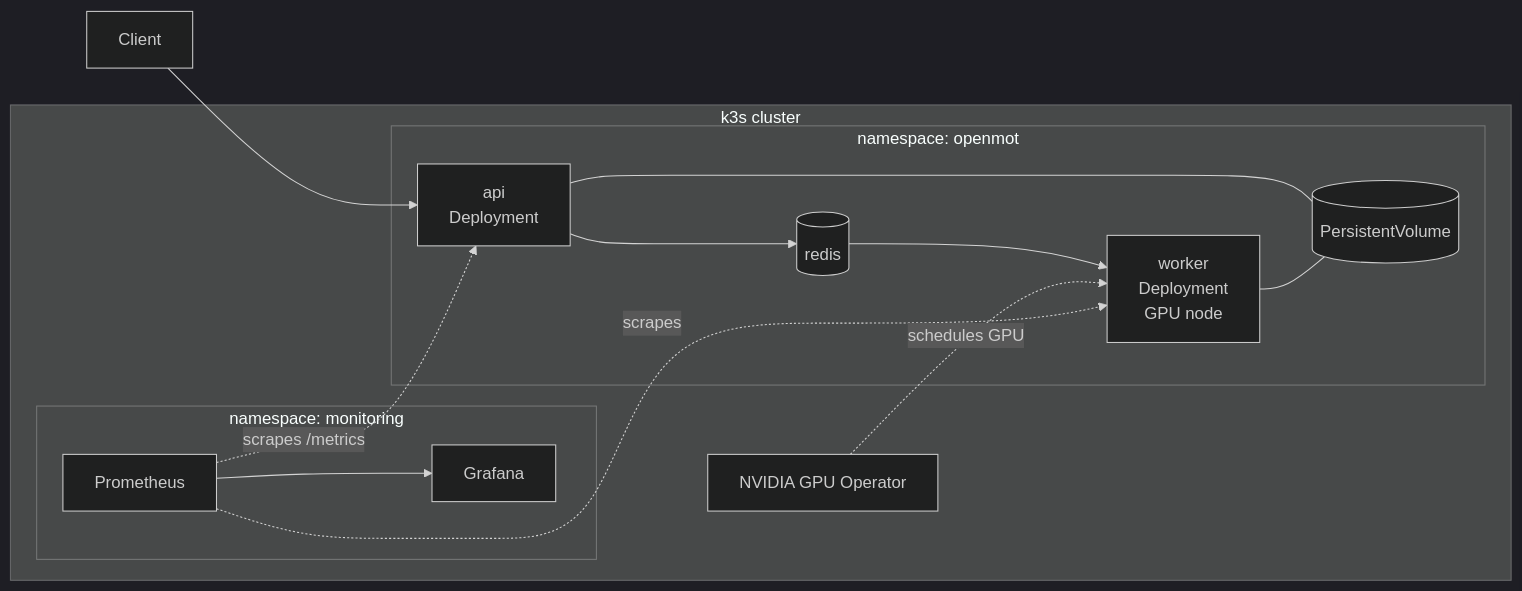
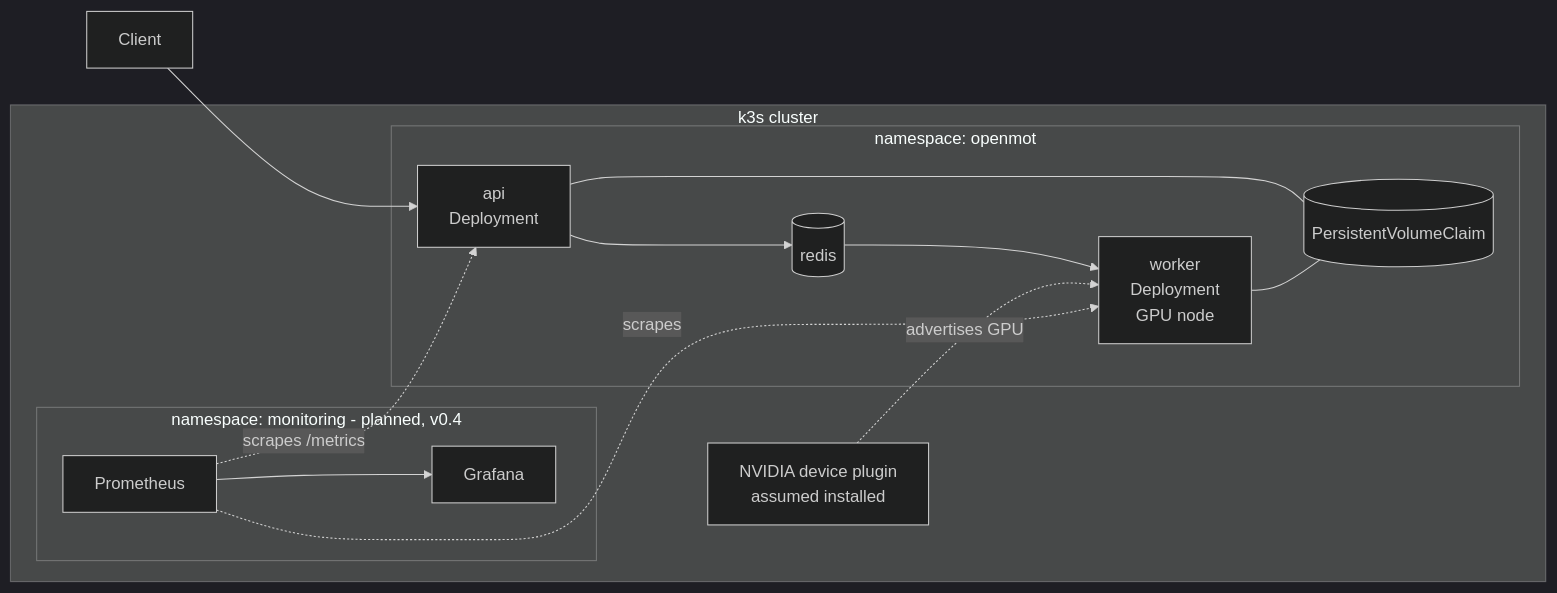
Before and after one commit to Moris-Zhan/openmot-serve: the second of 2 diagrams in README.md, drawn with Mermaid (dark theme). The commit also changed other lines of this file and 2 other files, not shown here.

````diff
--- a/README.md
+++ b/README.md
@@ -48,18 +48,18 @@
 ```mermaid
 flowchart LR
     subgraph k3s cluster
         subgraph app [namespace: openmot]
             API[api<br/>Deployment] --> REDIS[(redis)]
             REDIS --> WORKER[worker<br/>Deployment<br/>GPU node]
-            API --- PV[(PersistentVolume)]
+            API --- PV[(PersistentVolumeClaim)]
             WORKER --- PV
         end
-        subgraph mon [namespace: monitoring]
+        subgraph mon [namespace: monitoring - planned, v0.4]
             PROM[Prometheus] --> GRAF[Grafana]
         end
-        GPUOP[NVIDIA GPU Operator] -.schedules GPU.-> WORKER
+        GPUPLUGIN[NVIDIA device plugin<br/>assumed installed] -.advertises GPU.-> WORKER
         PROM -.scrapes /metrics.-> API
         PROM -.scrapes.-> WORKER
     end
     USER[Client] --> API
 ```
````
